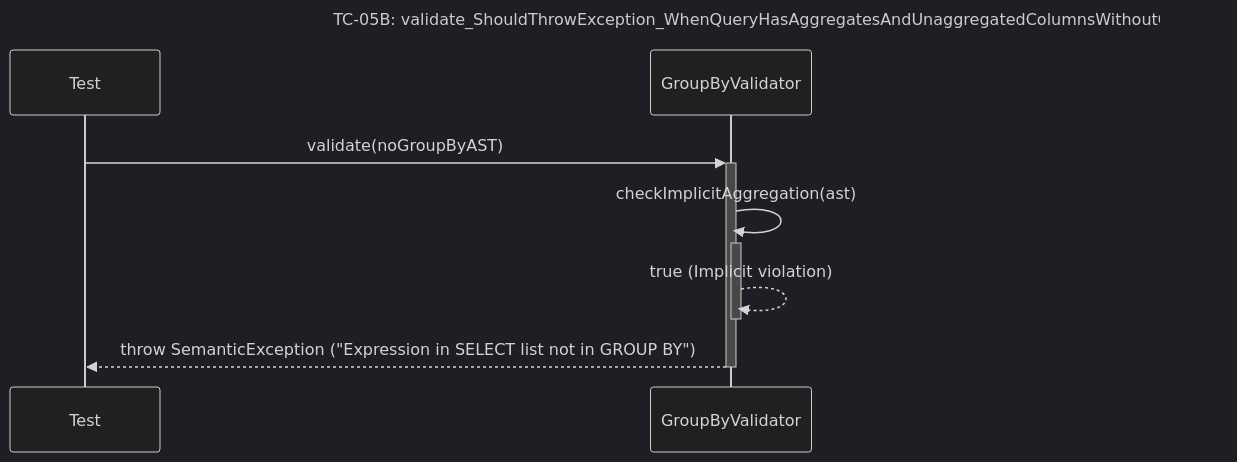
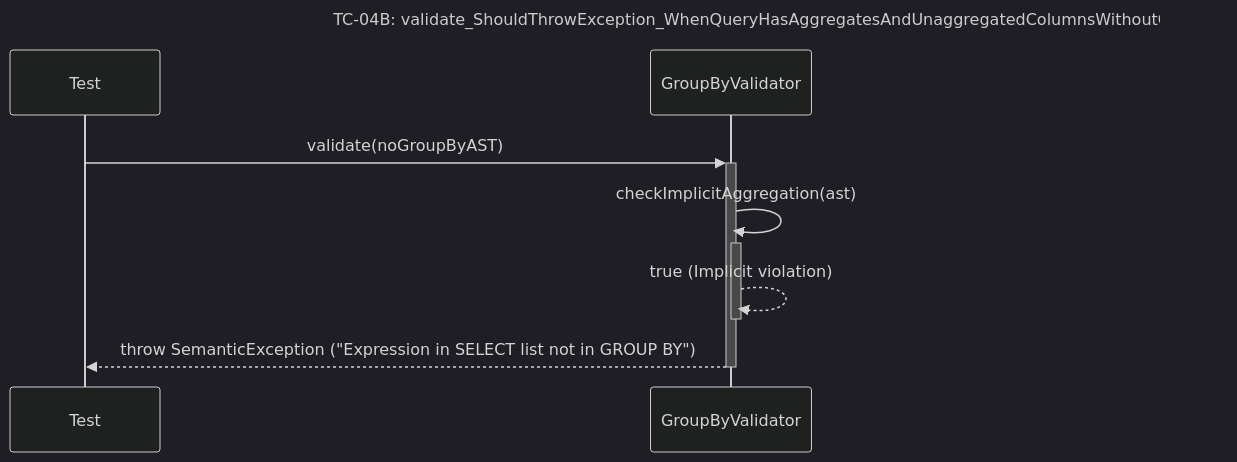
Diagram 18 of 24 in docs/unit_test/query_prossor/SequeceTestCase.md (Dikhang1112/Database_Management_BBV), drawn with Mermaid (dark theme) before and after one commit. The commit also changed other lines of this file and 16 other files, not shown here.

````diff
--- a/docs/unit_test/query_prossor/SequeceTestCase.md
+++ b/docs/unit_test/query_prossor/SequeceTestCase.md
@@ -361,11 +265,11 @@
 ```mermaid
 sequenceDiagram
-    title TC-05B: validate_ShouldThrowException_WhenQueryHasAggregatesAndUnaggregatedColumnsWithoutGroupBy
+    title TC-04B: validate_ShouldThrowException_WhenQueryHasAggregatesAndUnaggregatedColumnsWithoutGroupBy
     participant Test
     participant GroupByValidator
 
     Test->>+GroupByValidator: validate(noGroupByAST)
     GroupByValidator->>+GroupByValidator: checkImplicitAggregation(ast)
     GroupByValidator-->>-GroupByValidator: true (Implicit violation)
     GroupByValidator-->>-Test: throw SemanticException ("Expression in SELECT list not in GROUP BY")
 ```
````
